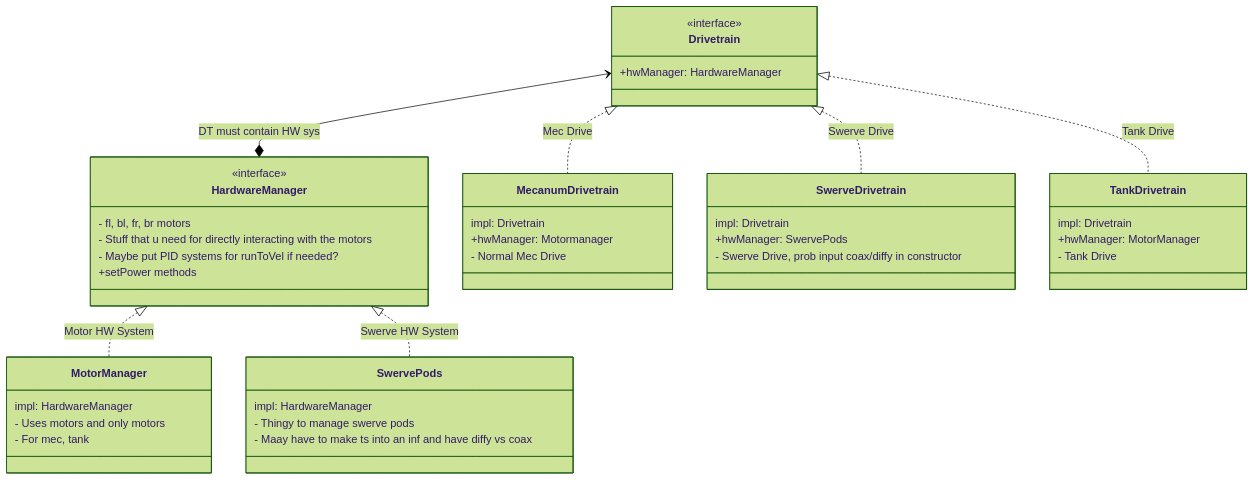
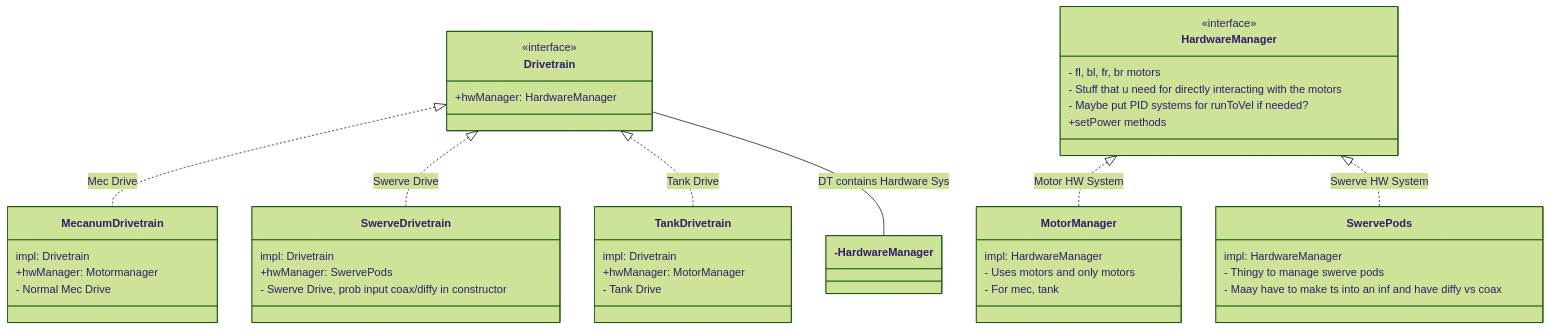
Before and after one commit to AchintyaAkula/MooseX: the diagram in TeamCode/ARCHITECTURE.md, drawn with Mermaid (forest theme).

Commit message:
Change relationship line from dashed to solid

````diff
--- a/TeamCode/ARCHITECTURE.md
+++ b/TeamCode/ARCHITECTURE.md
@@ -4,46 +4,46 @@
 ```mermaid
 classDiagram
     class Drivetrain {
         <<interface>>
         +hwManager: HardwareManager
     }
     class HardwareManager {
         <<interface>>
         - fl, bl, fr, br motors
         - Stuff that u need for directly interacting with the motors
         - Maybe put PID systems for runToVel if needed?
         +setPower methods
     }
     class MotorManager {
         impl: HardwareManager
         - Uses motors and only motors
         - For mec, tank
     }
     class MecanumDrivetrain {
         impl: Drivetrain
         +hwManager: Motormanager
         - Normal Mec Drive
     }
     class SwerveDrivetrain {
         impl: Drivetrain
         +hwManager: SwervePods
         - Swerve Drive, prob input coax/diffy in constructor
     }
     class SwervePods {
         impl: HardwareManager
         - Thingy to manage swerve pods
         - Maay have to make ts into an inf and have diffy vs coax
     }
     class TankDrivetrain {
         impl: Drivetrain
         +hwManager: MotorManager
         - Tank Drive
     }
 
     Drivetrain <|.. MecanumDrivetrain : Mec Drive
     Drivetrain <|.. SwerveDrivetrain : Swerve Drive
     HardwareManager <|.. MotorManager : Motor HW System
     HardwareManager <|.. SwervePods : Swerve HW System
     Drivetrain <|.. TankDrivetrain : Tank Drive
-    Drivetrain <--* HardwareManager : DT must contain HW sys
+    Drivetrain --- HardwareManager : DT contains Hardware Sys
 ```
````
